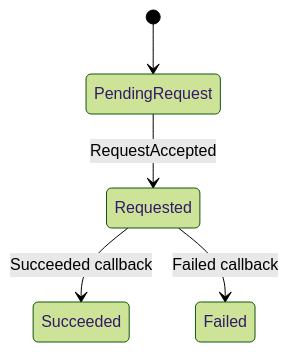
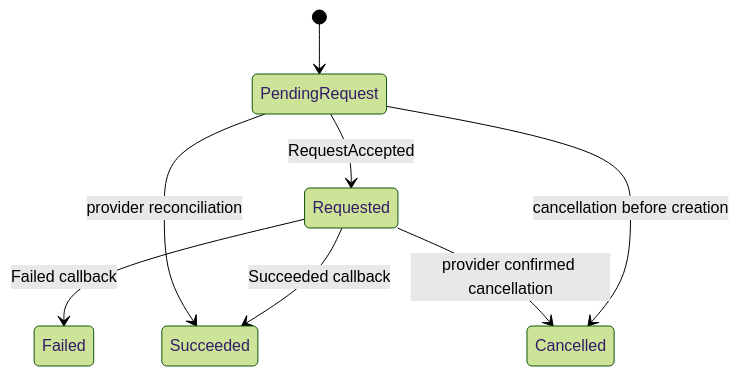
The fifth of 6 diagrams in labs/ReliableCheckout/README.md (yuweiyang9611/CSharp_Implementation_of_DesignPatterns), drawn with Mermaid (forest theme) before and after one commit. The commit also changed other lines of this file and 77 other files, not shown here.

````diff
--- a/labs/ReliableCheckout/README.md
+++ b/labs/ReliableCheckout/README.md
@@ -227,11 +227,14 @@
 ```mermaid
 stateDiagram-v2
     state "PendingRequest" as PR
     state "Requested" as R
     state "Succeeded" as S
     state "Failed" as F
     [*] --> PR
     PR --> R: RequestAccepted
     R --> S: Succeeded callback
     R --> F: Failed callback
+    PR --> S: provider reconciliation
+    PR --> Cancelled: cancellation before creation
+    R --> Cancelled: provider confirmed cancellation
 ```
````
